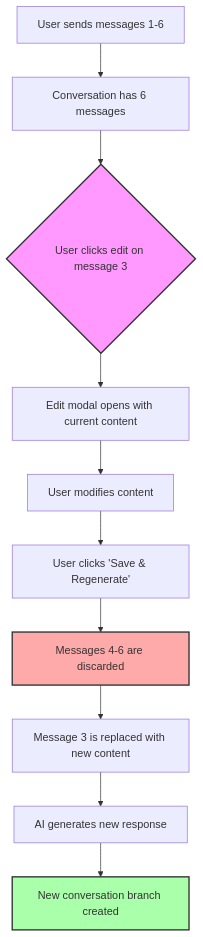
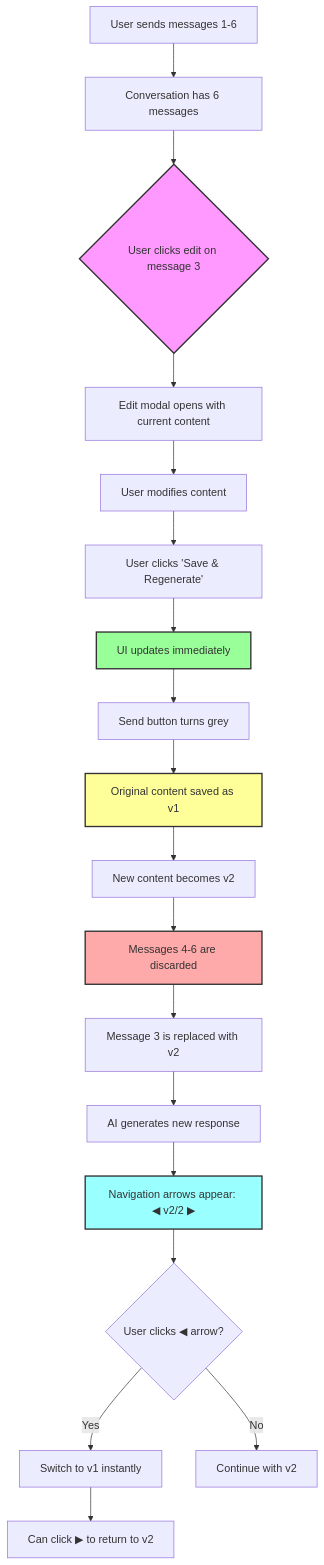
One commit to Panegyric0926/checkpoint changed the first of 5 diagrams in docs/MESSAGE_EDITING.md. Above: the diagram before and after it, drawn with Mermaid. The commit also changed other lines of this file and 3 other files, not shown here.

````diff
--- a/docs/MESSAGE_EDITING.md
+++ b/docs/MESSAGE_EDITING.md
@@ -29,16 +42,26 @@
 ```mermaid
 flowchart TD
     A[User sends messages 1-6] --> B[Conversation has 6 messages]
     B --> C{User clicks edit on message 3}
     C --> D[Edit modal opens with current content]
     D --> E[User modifies content]
     E --> F[User clicks 'Save & Regenerate']
-    F --> G[Messages 4-6 are discarded]
-    G --> H[Message 3 is replaced with new content]
-    H --> I[AI generates new response]
-    I --> J[New conversation branch created]
+    F --> G[UI updates immediately]
+    G --> H[Send button turns grey]
+    H --> I[Original content saved as v1]
+    I --> J[New content becomes v2]
+    J --> K[Messages 4-6 are discarded]
+    K --> L[Message 3 is replaced with v2]
+    L --> M[AI generates new response]
+    M --> N[Navigation arrows appear: ◀ v2/2 ▶]
+    N --> O{User clicks ◀ arrow?}
+    O -->|Yes| P[Switch to v1 instantly]
+    O -->|No| Q[Continue with v2]
+    P --> R[Can click ▶ to return to v2]
     
     style C fill:#f9f,stroke:#333,stroke-width:2px
-    style G fill:#faa,stroke:#333,stroke-width:2px
-    style J fill:#afa,stroke:#333,stroke-width:2px
+    style G fill:#9f9,stroke:#333,stroke-width:2px
+    style I fill:#ff9,stroke:#333,stroke-width:2px
+    style N fill:#9ff,stroke:#333,stroke-width:2px
+    style K fill:#faa,stroke:#333,stroke-width:2px
 ```
````
